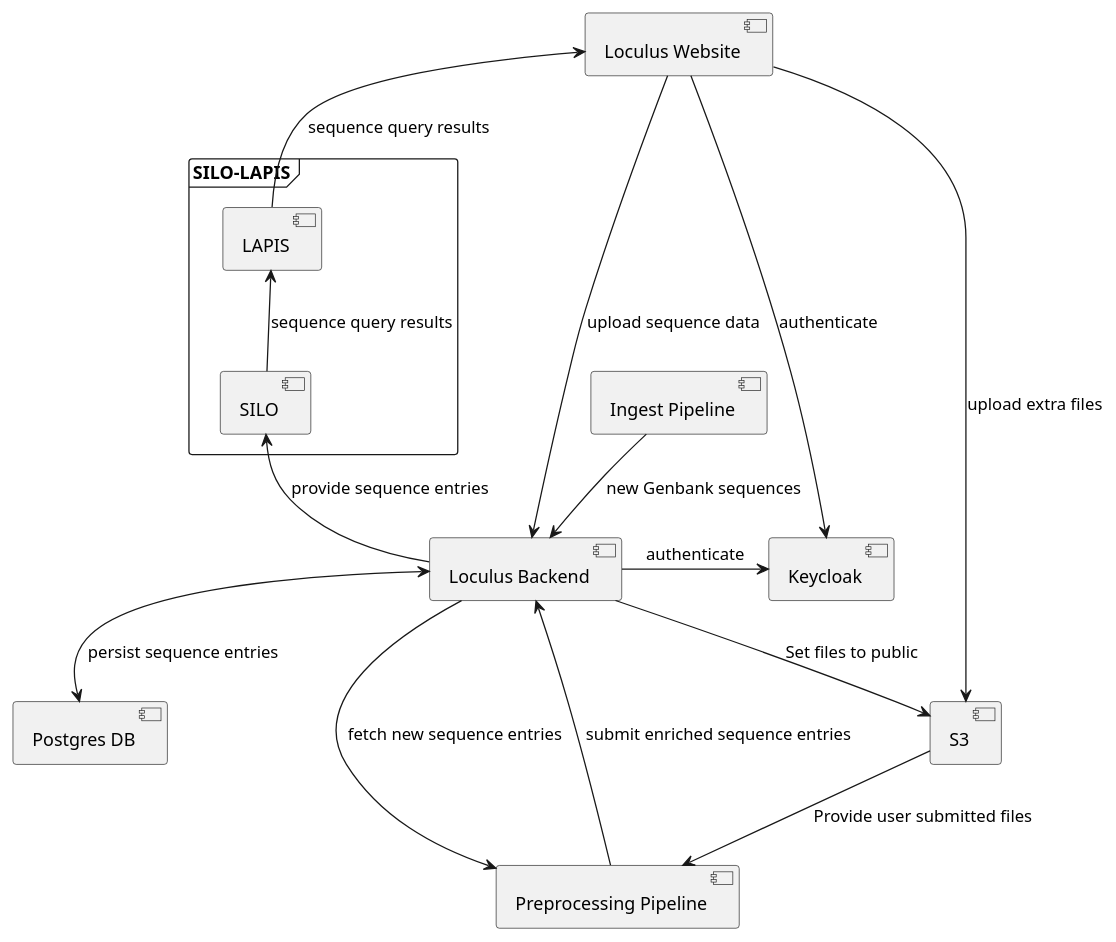
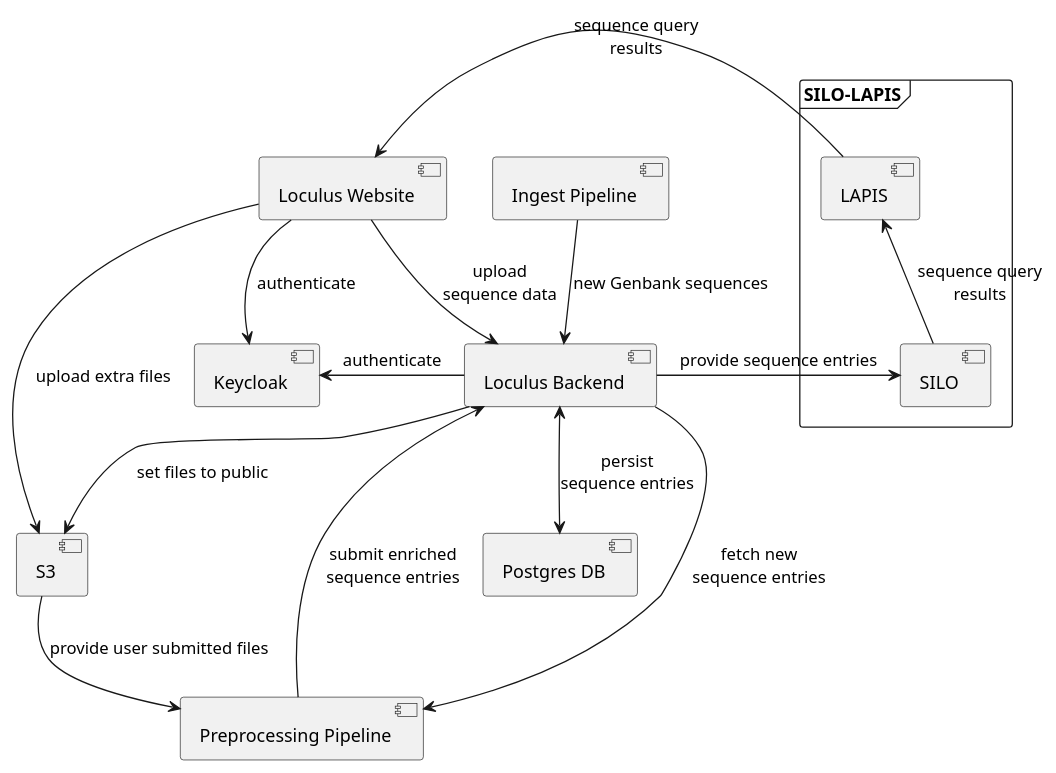
One commit to loculus-project/loculus changed the diagram in backend/docs/plantuml/architectureOverview.puml. Above: the diagram before and after it, drawn with PlantUML. The commit also changed 3 other files, not shown here.

Commit message:
Update diagram

```diff
--- a/backend/docs/plantuml/architectureOverview.puml
+++ b/backend/docs/plantuml/architectureOverview.puml
@@ -1,36 +1,39 @@
 @startuml
 
 component "Loculus Website" as Website
-component "Ingest Pipeline" as Ingest
-component "Loculus Backend" as Backend
+
+together {
+    component "Loculus Backend" as Backend
+    component Keycloak
+}
 
 component "Postgres DB" as Postgres
 component S3
 
 component "Preprocessing Pipeline" as Preprocessing
+component "Ingest Pipeline" as Ingest
 
-component Keycloak
 
 frame SILO-LAPIS {
     component SILO
     component LAPIS
 }
 
 Website --> Keycloak : authenticate
-Backend -right-> Keycloak : authenticate
+Backend -left-> Keycloak : authenticate
 
-Website -down-> Backend : upload sequence data
-Backend <-down-> Postgres : persist sequence entries
-Backend --> Preprocessing : fetch new sequence entries
-Backend <-- Preprocessing : submit enriched sequence entries
-Ingest -down-> Backend : new Genbank sequences
+Website -down-> Backend : upload\nsequence data
+Backend --> Preprocessing : fetch new\nsequence entries
+Backend <-- Preprocessing : submit enriched\nsequence entries
+Backend <-down-> Postgres : persist\nsequence entries
+Ingest --> Backend : new Genbank sequences
 
-SILO <-- Backend : provide sequence entries
-LAPIS -up-> Website : sequence query results
-LAPIS <-down- SILO : sequence query results
+Backend -right-> SILO: provide sequence entries
+LAPIS --> Website : sequence query\nresults
+LAPIS <-down- SILO : sequence query\nresults
 
 Website -> S3: upload extra files
-Backend -down-> S3: Set files to public
-S3 -down-> Preprocessing: Provide user submitted files
+Backend --> S3: set files to public
+S3 -down-> Preprocessing: provide user submitted files
 
 @enduml
```
